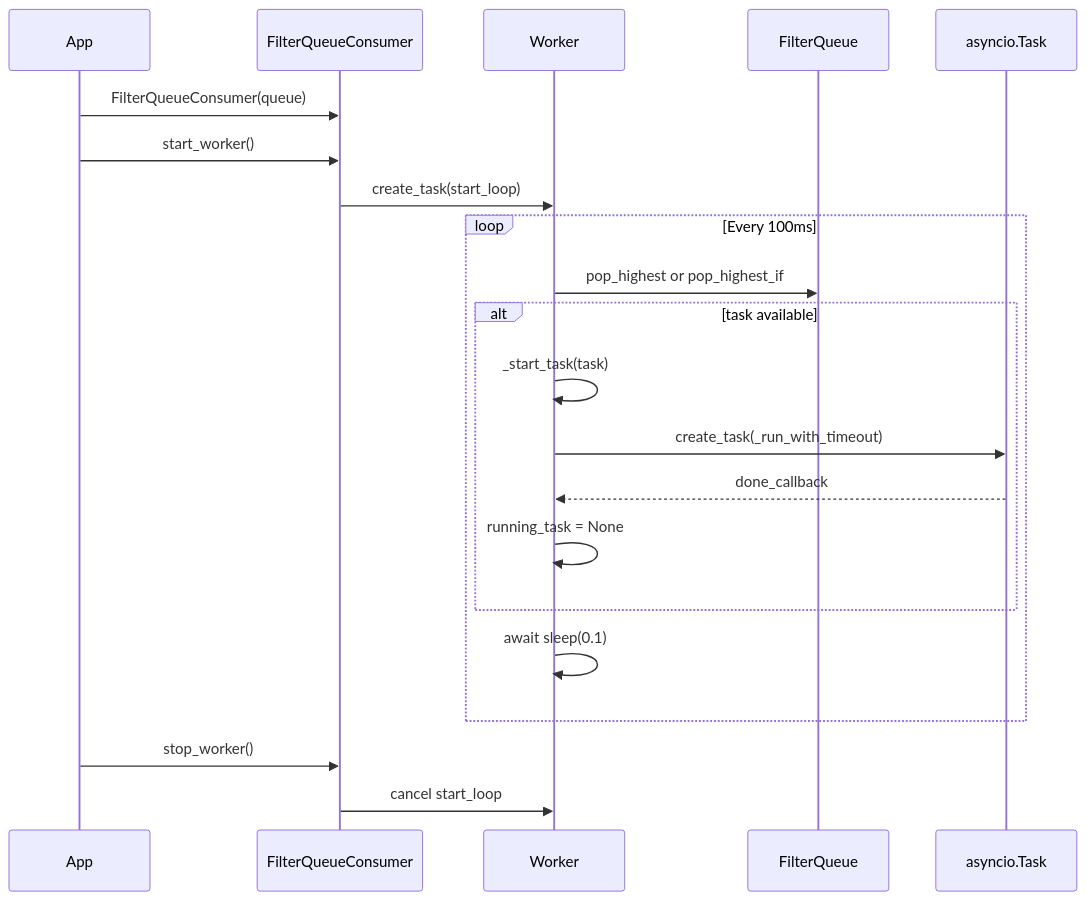
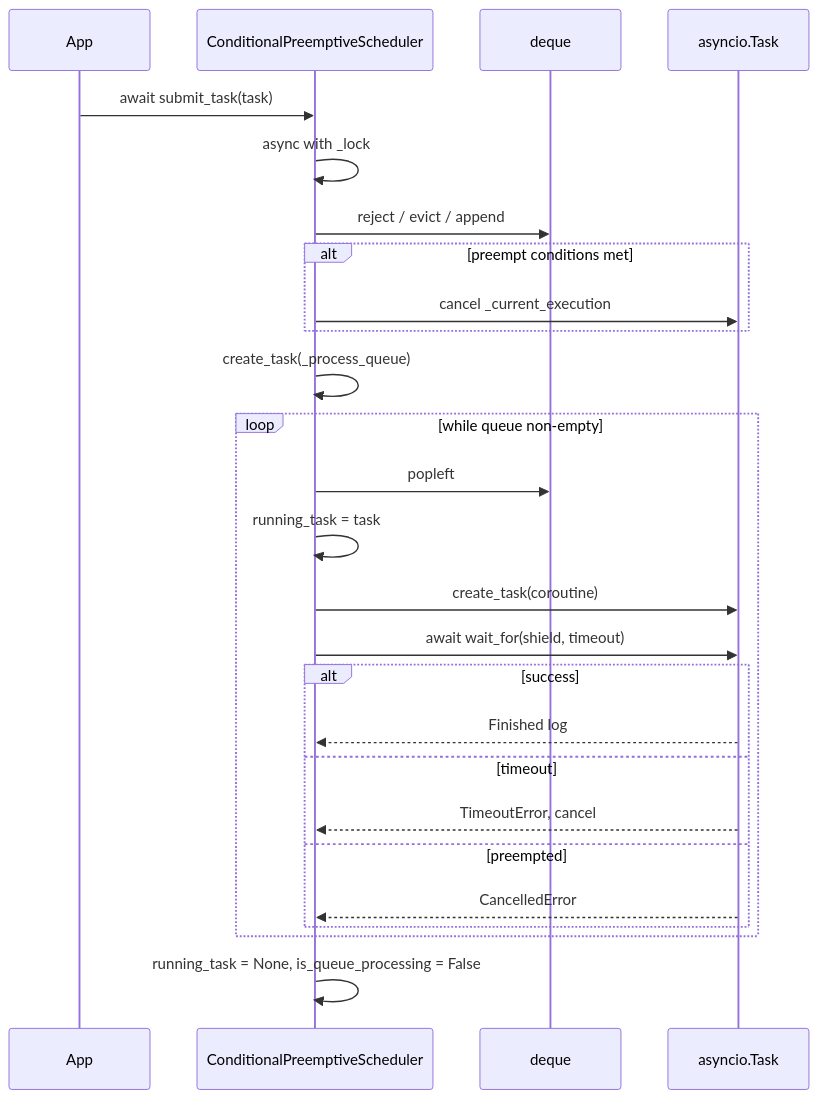
The second of 8 diagrams in .cursor/plans/system_architecture_workflow_b2d79ca7.plan.md (scoville/test_filter_queue), drawn with Mermaid before and after one commit. The commit also changed other lines of this file and 1 other file, not shown here.

Commit message:
update system architecture

````diff
--- a/.cursor/plans/system_architecture_workflow_b2d79ca7.plan.md
+++ b/.cursor/plans/system_architecture_workflow_b2d79ca7.plan.md
@@ -64,26 +60,31 @@
 ```mermaid
 sequenceDiagram
     participant App
-    participant Consumer as FilterQueueConsumer
-    participant Worker
-    participant Queue as FilterQueue
+    participant Scheduler as ConditionalPreemptiveScheduler
+    participant Queue as deque
     participant Exec as asyncio.Task
 
-    App->>Consumer: FilterQueueConsumer(queue)
-    App->>Consumer: start_worker()
-    Consumer->>Worker: create_task(start_loop)
+    App->>Scheduler: await submit_task(task)
+    Scheduler->>Scheduler: async with _lock
+    Scheduler->>Queue: reject / evict / append
+    alt preempt conditions met
+        Scheduler->>Exec: cancel _current_execution
+    end
+    Scheduler->>Scheduler: create_task(_process_queue)
 
-    loop Every 100ms
-        Worker->>Queue: pop_highest or pop_highest_if
-        alt task available
-            Worker->>Worker: _start_task(task)
-            Worker->>Exec: create_task(_run_with_timeout)
-            Exec-->>Worker: done_callback
-            Worker->>Worker: running_task = None
+    loop while queue non-empty
+        Scheduler->>Queue: popleft
+        Scheduler->>Scheduler: running_task = task
+        Scheduler->>Exec: create_task(coroutine)
+        Scheduler->>Exec: await wait_for(shield, timeout)
+        alt success
+            Exec-->>Scheduler: Finished log
+        else timeout
+            Exec-->>Scheduler: TimeoutError, cancel
+        else preempted
+            Exec-->>Scheduler: CancelledError
         end
-        Worker->>Worker: await sleep(0.1)
     end
 
-    App->>Consumer: stop_worker()
-    Consumer->>Worker: cancel start_loop
+    Scheduler->>Scheduler: running_task = None, is_queue_processing = False
 ```
````
